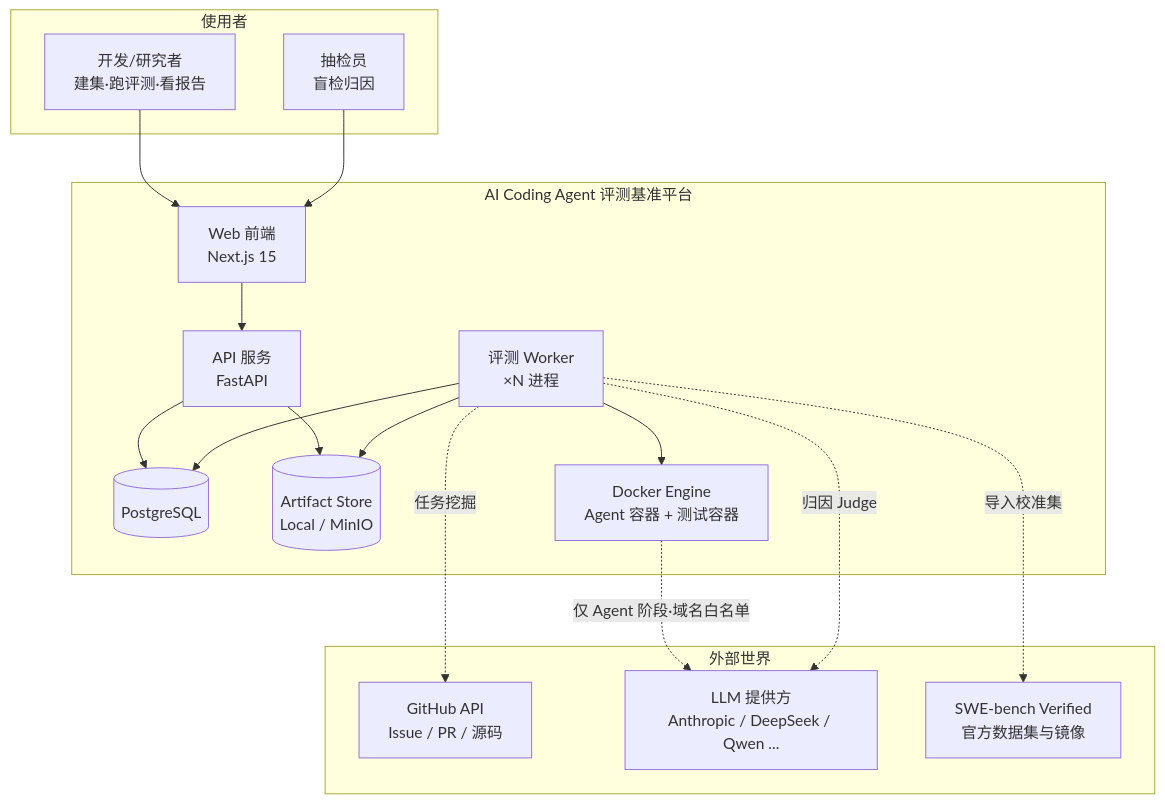
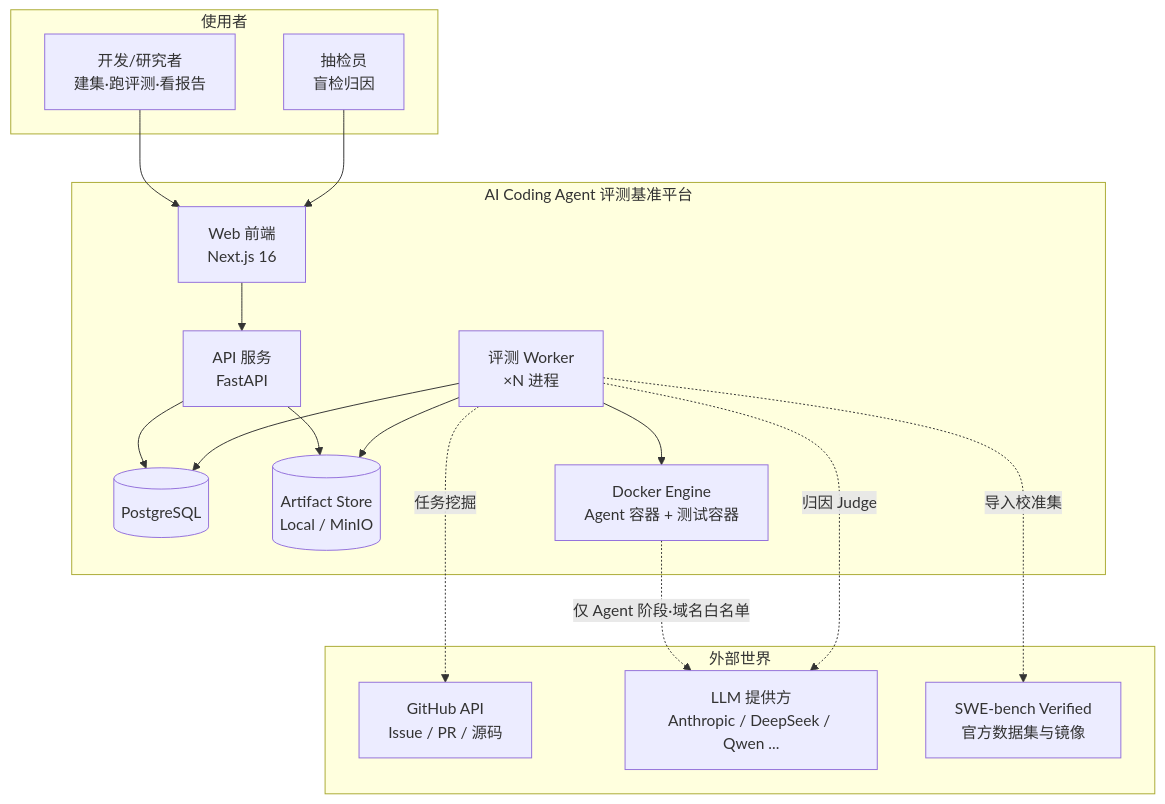
Before and after one commit to yangyaoming158/coding-agent-benchmark: the first of 5 diagrams in docs/plan/09-target-architecture.md, drawn with Mermaid. The commit also changed 42 other files, not shown here.

````diff
--- a/docs/plan/09-target-architecture.md
+++ b/docs/plan/09-target-architecture.md
@@ -5,35 +5,35 @@
 ```mermaid
 flowchart TB
     subgraph EXT["外部世界"]
         GH["GitHub API<br/>Issue / PR / 源码"]
         LLM["LLM 提供方<br/>Anthropic / DeepSeek / Qwen ..."]
         HF["SWE-bench Verified<br/>官方数据集与镜像"]
     end
 
     subgraph USERS["使用者"]
         DEV["开发/研究者<br/>建集·跑评测·看报告"]
         REV["抽检员<br/>盲检归因"]
     end
 
     subgraph SYS["AI Coding Agent 评测基准平台"]
-        WEB["Web 前端<br/>Next.js 15"]
+        WEB["Web 前端<br/>Next.js 16"]
         API["API 服务<br/>FastAPI"]
         WK["评测 Worker<br/>×N 进程"]
         DB[("PostgreSQL")]
         ART[("Artifact Store<br/>Local / MinIO")]
         DKR["Docker Engine<br/>Agent 容器 + 测试容器"]
     end
 
     DEV --> WEB
     REV --> WEB
     WEB --> API
     API --> DB
     API --> ART
     WK --> DB
     WK --> ART
     WK --> DKR
     WK -.任务挖掘.-> GH
     WK -.导入校准集.-> HF
     DKR -.仅 Agent 阶段·域名白名单.-> LLM
     WK -.归因 Judge.-> LLM
 ```
````
